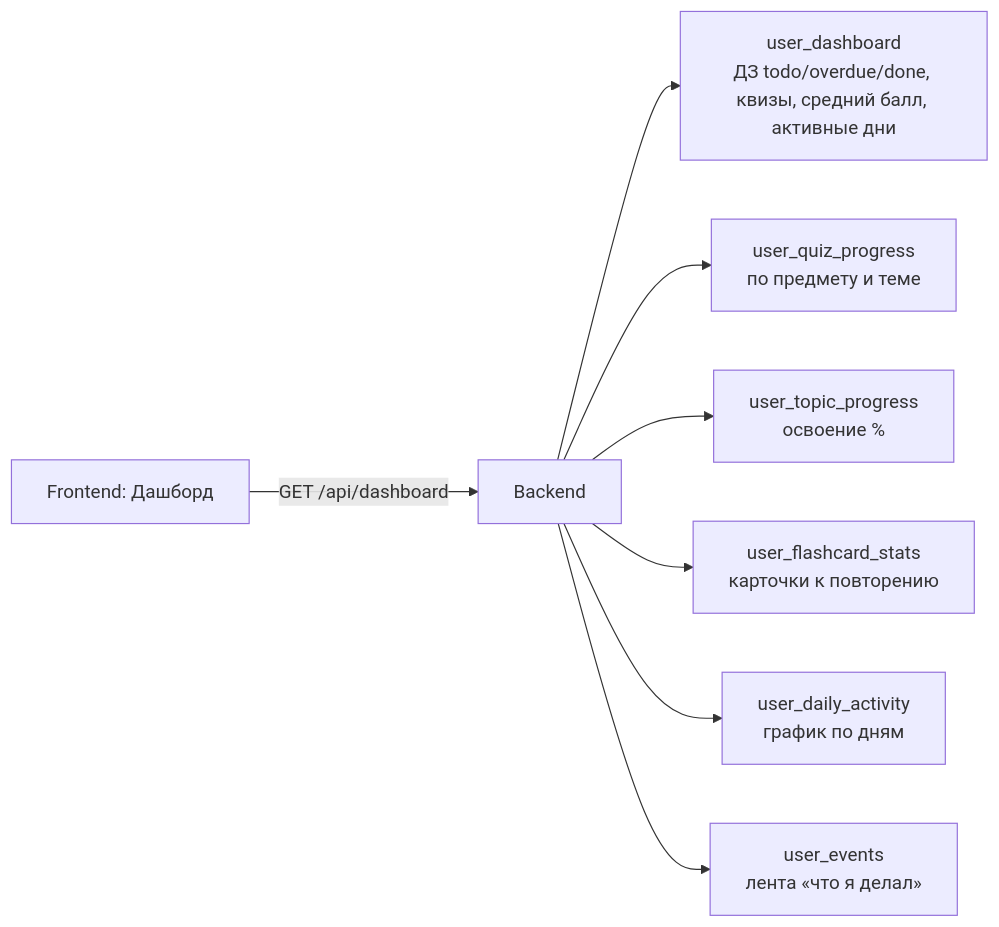
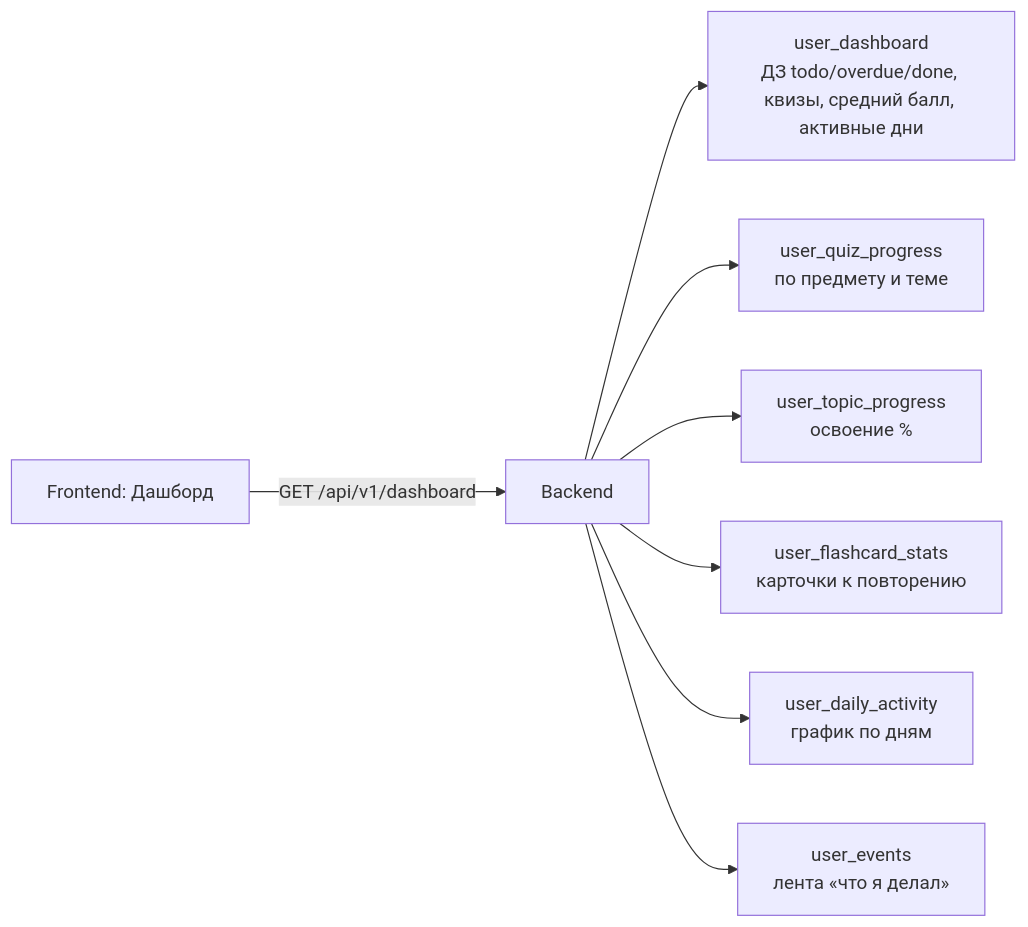
Before and after one commit to two-bits1/LekseRadar: the eighth of 8 diagrams in docs/ARCHITECTURE.md, drawn with Mermaid. The commit also changed other lines of this file, not shown here.

First line of the commit message:
docs: ARCHITECTURE — пути /api/v1 как в бэкенде, убраны устаревшие эндпоинты

````diff
--- a/docs/ARCHITECTURE.md
+++ b/docs/ARCHITECTURE.md
@@ -198,10 +198,10 @@
 ```mermaid
 flowchart LR
-    F["Frontend: Дашборд"] -->|GET /api/dashboard| B["Backend"]
+    F["Frontend: Дашборд"] -->|GET /api/v1/dashboard| B["Backend"]
     B --> V1["user_dashboard<br/>ДЗ todo/overdue/done, квизы, средний балл, активные дни"]
     B --> V2["user_quiz_progress<br/>по предмету и теме"]
     B --> V3["user_topic_progress<br/>освоение %"]
     B --> V4["user_flashcard_stats<br/>карточки к повторению"]
     B --> V5["user_daily_activity<br/>график по дням"]
     B --> V6["user_events<br/>лента «что я делал»"]
 ```
````
